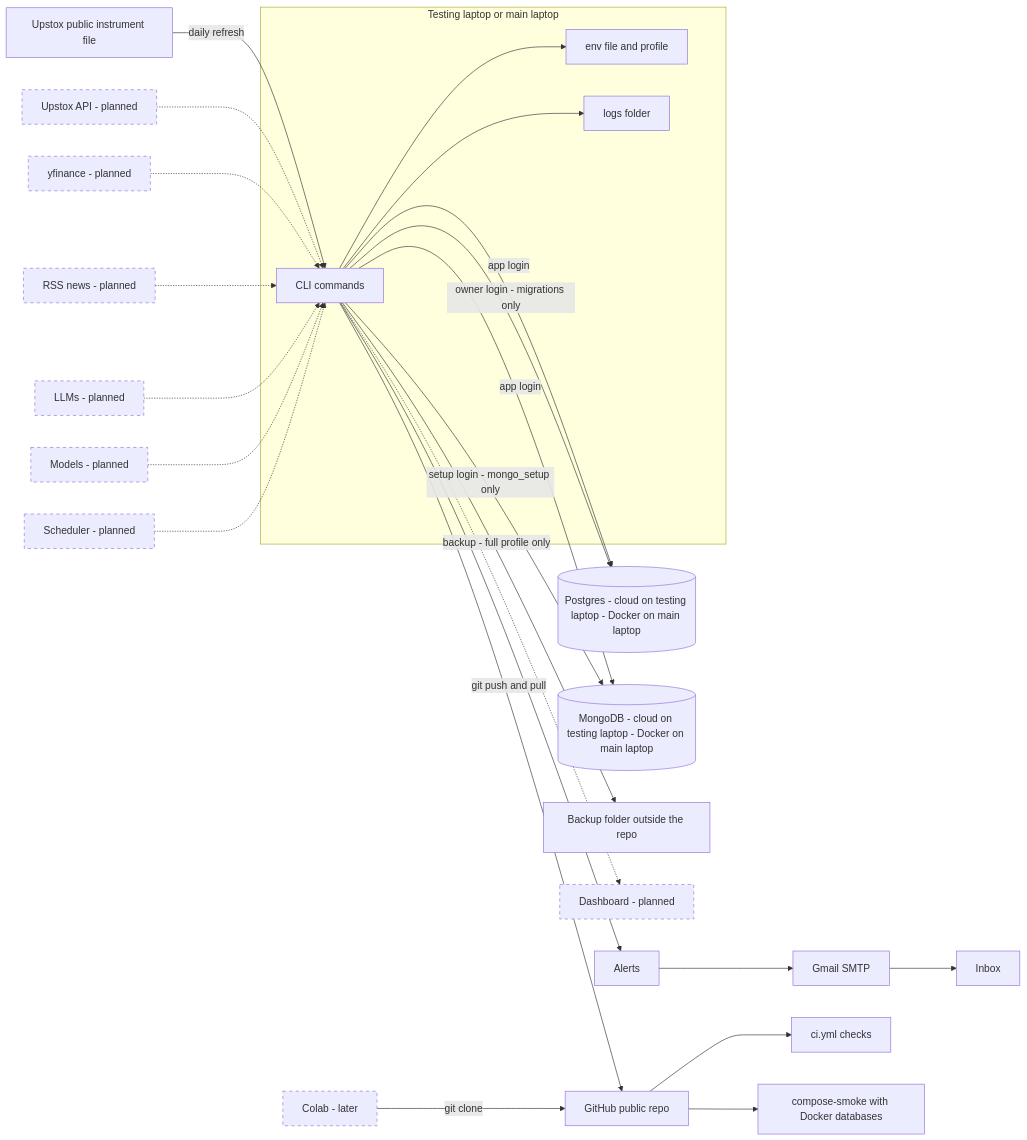
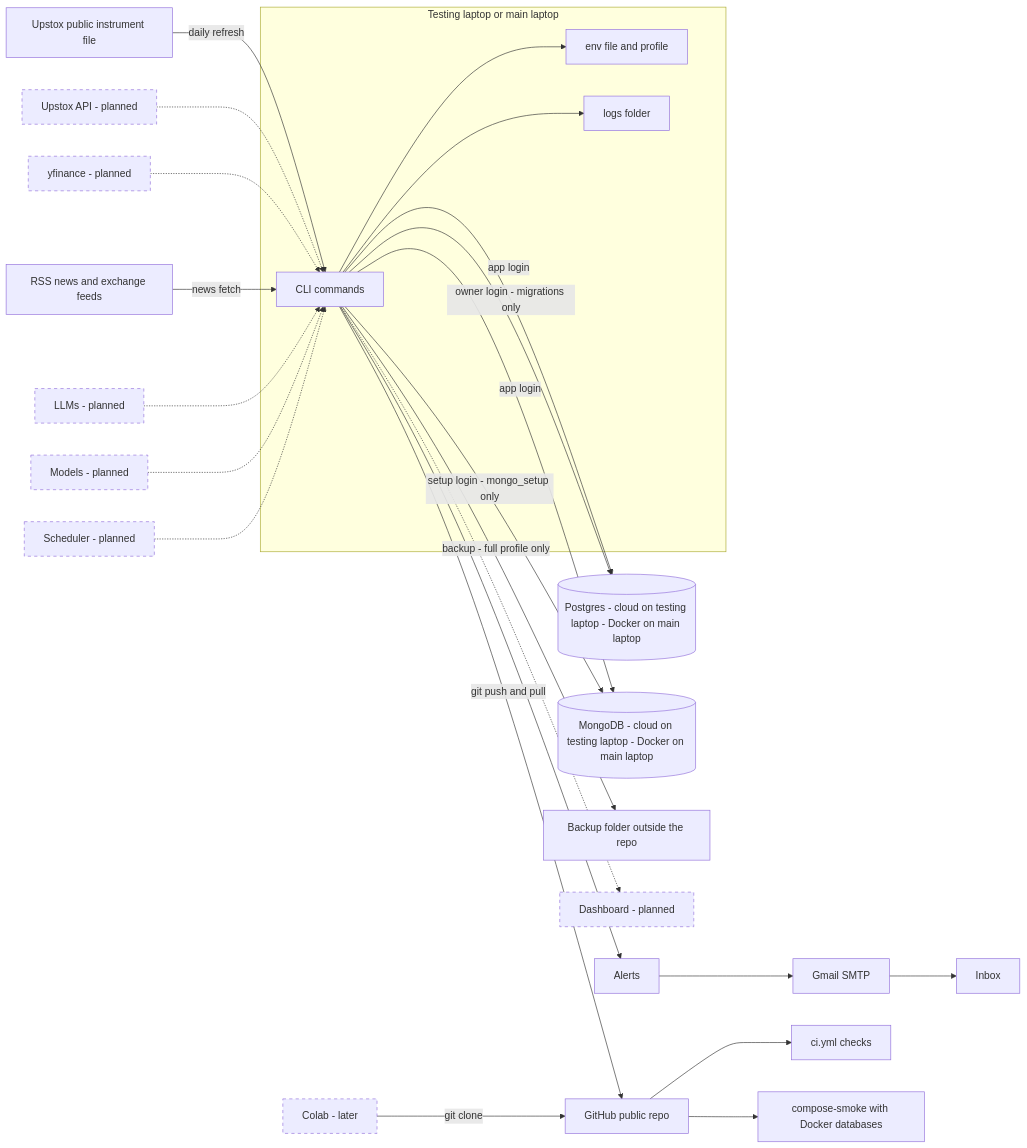
The first of 2 diagrams in docs/architecture.md (MichkelAngloJ/market-intel), drawn with Mermaid before and after one commit. The commit also changed other lines of this file and 1 other file, not shown here.

Commit message:
docs: news feeds, source health, partial runs; alert rule for real runs

````diff
--- a/docs/architecture.md
+++ b/docs/architecture.md
@@ -17,34 +17,34 @@
 ```mermaid
 flowchart LR
     subgraph Laptop[Testing laptop or main laptop]
         CLI[CLI commands]
         CFG[env file and profile]
         LOGS[logs folder]
     end
     CLI --> CFG
     CLI --> LOGS
     CLI --> ALERTS[Alerts]
     ALERTS --> SMTP[Gmail SMTP]
     SMTP --> INBOX[Inbox]
     CLI -->|app login| PG[(Postgres - cloud on testing laptop - Docker on main laptop)]
     CLI -->|owner login - migrations only| PG
     CLI -->|app login| MDB[(MongoDB - cloud on testing laptop - Docker on main laptop)]
     CLI -->|setup login - mongo_setup only| MDB
     CLI -->|backup - full profile only| BAK[Backup folder outside the repo]
     CLI -->|git push and pull| GH[GitHub public repo]
     GH --> CI[ci.yml checks]
     GH --> SMOKE[compose-smoke with Docker databases]
     COLAB[Colab - later] -->|git clone| GH
 
     UPFILE[Upstox public instrument file] -->|daily refresh| CLI
     UPSTOX[Upstox API - planned] -.-> CLI
     YF[yfinance - planned] -.-> CLI
-    RSS[RSS news - planned] -.-> CLI
+    RSS[RSS news and exchange feeds] -->|news fetch| CLI
     LLM[LLMs - planned] -.-> CLI
     MODELS[Models - planned] -.-> CLI
     SCHED[Scheduler - planned] -.-> CLI
     CLI -.-> DASH[Dashboard - planned]
 
     classDef planned stroke-dasharray: 5 5
-    class UPSTOX,YF,RSS,LLM,MODELS,SCHED,DASH,COLAB planned
+    class UPSTOX,YF,LLM,MODELS,SCHED,DASH,COLAB planned
 ```
````
